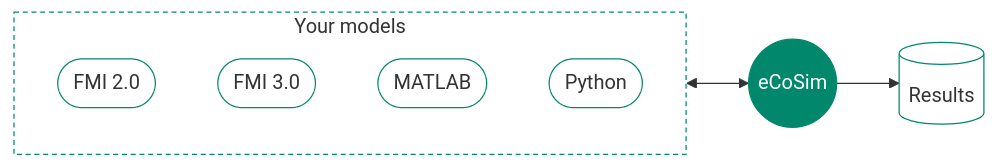
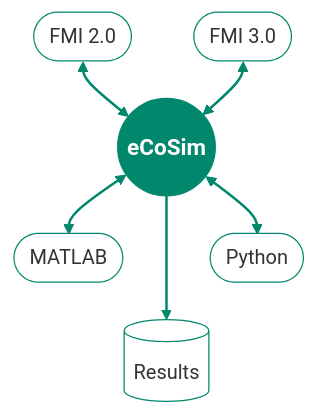
One commit to KIT-IAI-ESA/eCoSim changed the diagram in README.md. Above: the diagram before and after it, drawn with Mermaid. The commit also changed other lines of this file and 5 other files, not shown here.

Commit message:
docs: give the README a logo band, bigger badges, a clearer diagram and less text

````diff
--- a/README.md
+++ b/README.md
@@ -25,17 +22,23 @@
 ```mermaid
-flowchart LR
-    subgraph models["Your models"]
-        direction TB
-        fmu2(["FMI 2.0"])
-        fmu3(["FMI 3.0"])
-        matlab(["MATLAB"])
-        python(["Python"])
-    end
-    models <--> server(("eCoSim"))
-    server --> results[("Results")]
-    classDef accent fill:#00876c,stroke:#00876c,color:#ffffff
+---
+config:
+  look: classic
+  flowchart:
+    rankSpacing: 30
+  themeVariables:
+    lineColor: "#00876c"
+---
+flowchart TB
+    fmu2(["FMI 2.0"]) <--> server(("eCoSim"))
+    fmu3(["FMI 3.0"]) <--> server
+    server <--> matlab(["MATLAB"])
+    matlab ~~~ results[("Results")]
+    server --> results
+    server <--> python(["Python"])
+    python ~~~ results
+    classDef accent fill:#00876c,stroke:#00876c,color:#ffffff,font-size:18px,font-weight:bold
     classDef plain fill:transparent,stroke:#00876c
     class server accent
     class fmu2,fmu3,matlab,python,results plain
-    style models fill:transparent,stroke:#00876c,stroke-dasharray:4 3
+    linkStyle 0,1,2,4,5 stroke-width:2px
 ```
````
